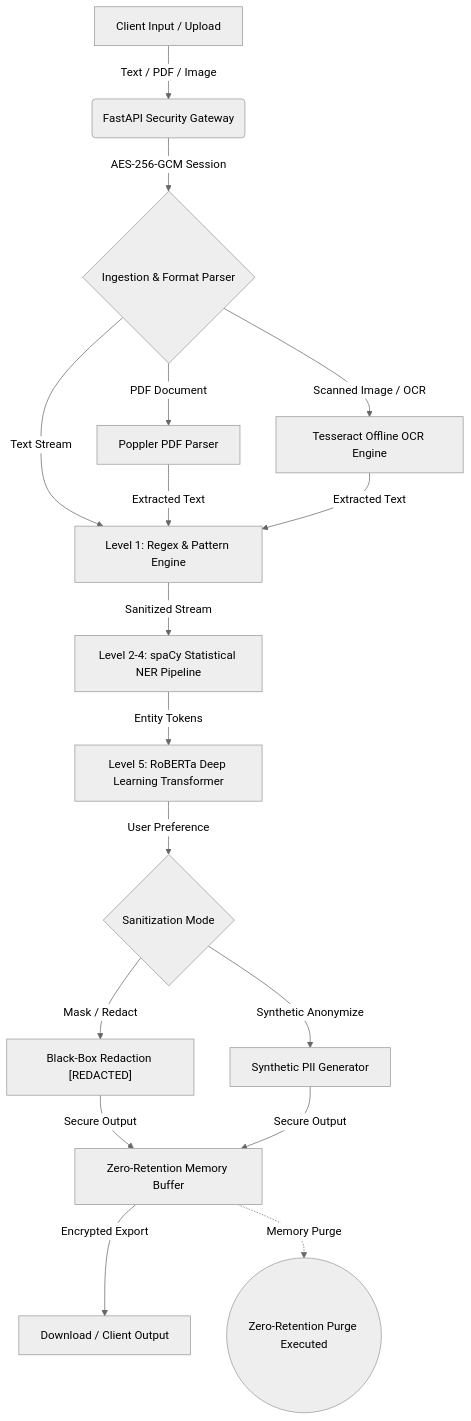
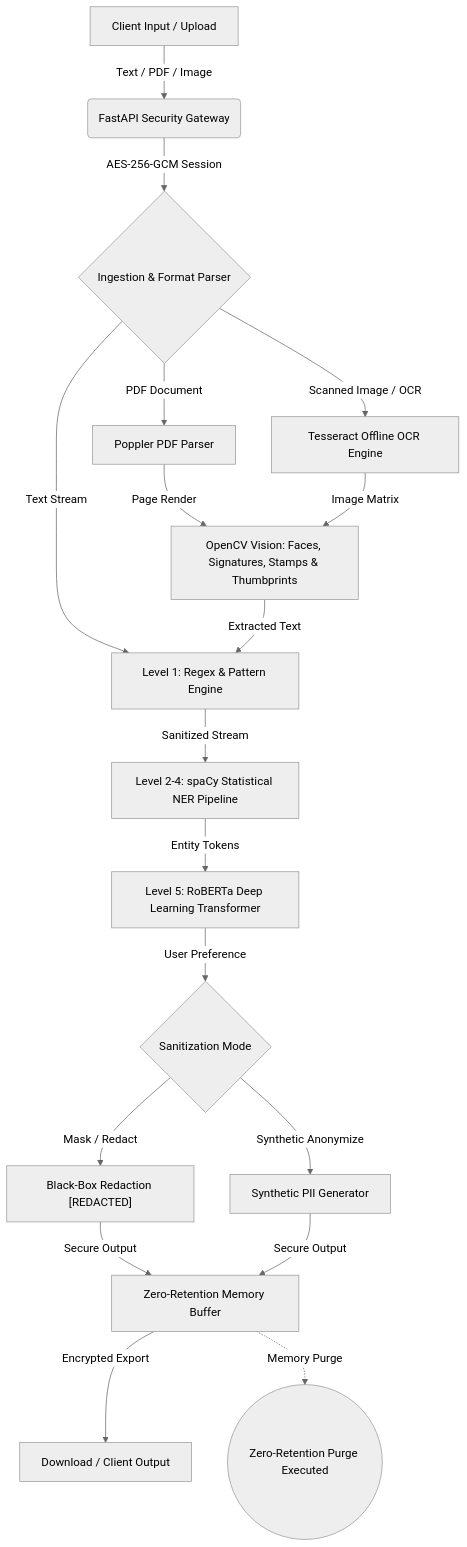
One commit to AnustupMaity/SIH-REDACT-X changed the diagram in README.md. Above: the diagram before and after it, drawn with Mermaid (neutral theme). The commit also changed other lines of this file and 2 other files, not shown here.

Commit message:
Changes to be committed:

````diff
--- a/README.md
+++ b/README.md
@@ -32,25 +33,26 @@
 ```mermaid
 graph TD
     A[Client Input / Upload] -->|Text / PDF / Image| B(FastAPI Security Gateway)
     B -->|AES-256-GCM Session| C{Ingestion & Format Parser}
     
     C -->|Text Stream| D[Level 1: Regex & Pattern Engine]
     C -->|PDF Document| E[Poppler PDF Parser]
     C -->|Scanned Image / OCR| F[Tesseract Offline OCR Engine]
     
-    E -->|Extracted Text| D
-    F -->|Extracted Text| D
+    E -->|Page Render| V[OpenCV Vision: Faces, Signatures, Stamps & Thumbprints]
+    F -->|Image Matrix| V[OpenCV Vision: Faces, Signatures, Stamps & Thumbprints]
+    V -->|Extracted Text| D
     
     D -->|Sanitized Stream| G[Level 2-4: spaCy Statistical NER Pipeline]
     G -->|Entity Tokens| H[Level 5: RoBERTa Deep Learning Transformer]
     
     H -->|User Preference| I{Sanitization Mode}
     I -->|Mask / Redact| J["Black-Box Redaction [REDACTED]"]
     I -->|Synthetic Anonymize| K[Synthetic PII Generator]
     
     J -->|Secure Output| L[Zero-Retention Memory Buffer]
     K -->|Secure Output| L
     
     L -->|Encrypted Export| M[Download / Client Output]
     L -.->|Memory Purge| N((Zero-Retention Purge Executed))
 ```
````
